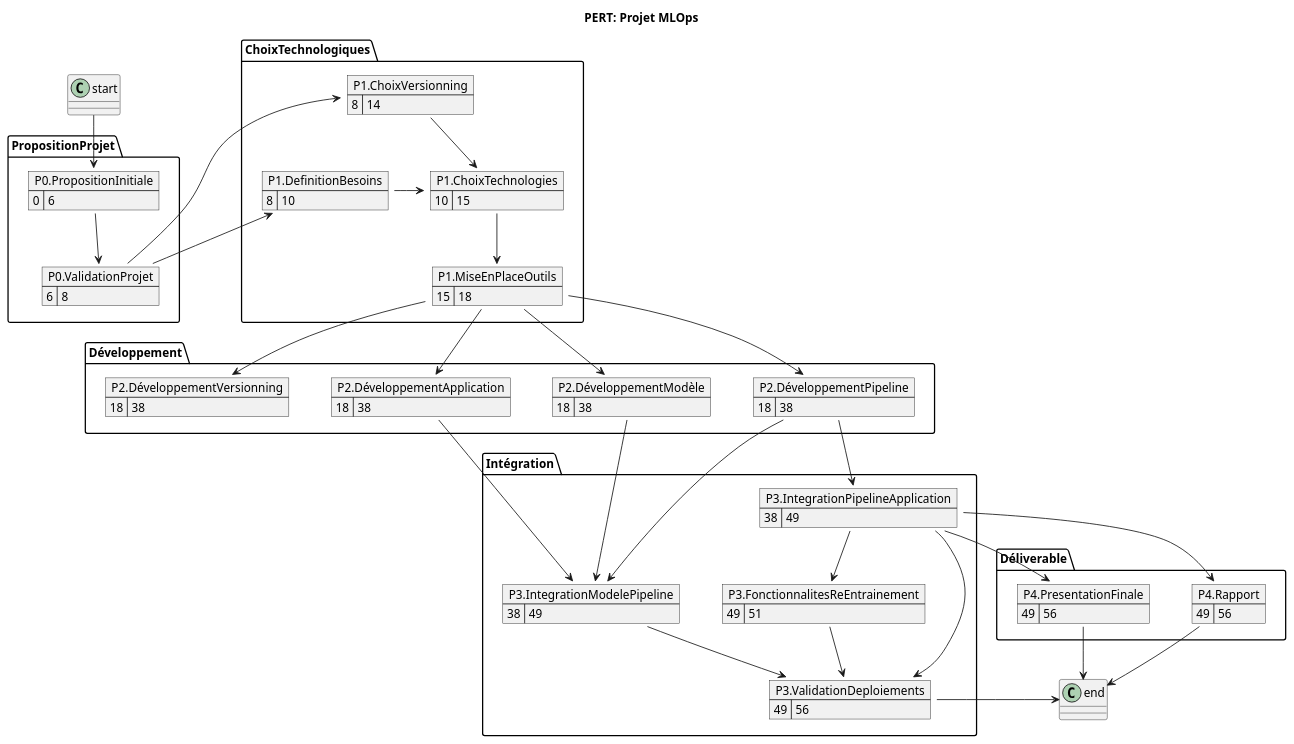
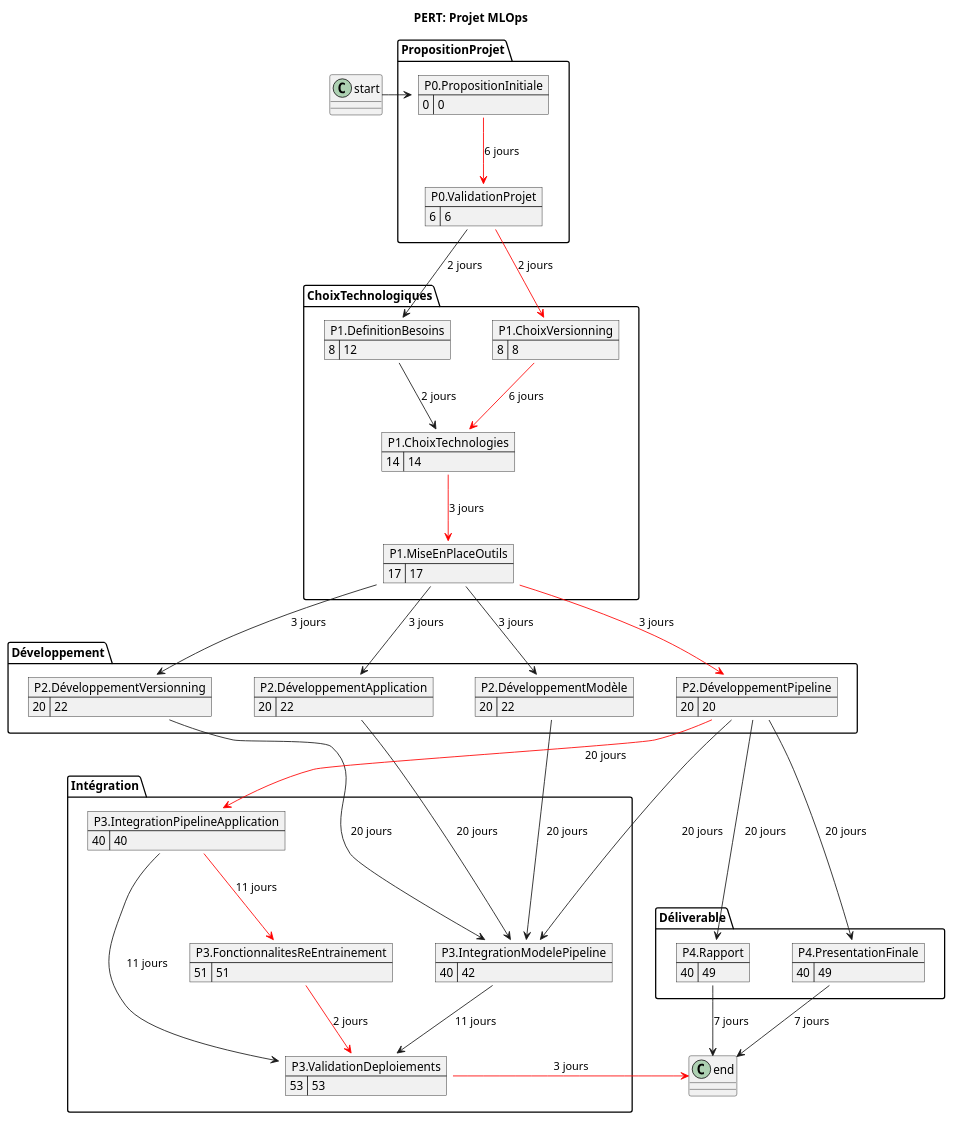
The diagram in project_mgmt/diagrams/pert.md (ODAncona/MachLeData_Project), drawn with PlantUML before and after one commit. The commit also changed 1 other file, not shown here.

Commit message:
pert update

```diff
--- a/project_mgmt/diagrams/pert.md
+++ b/project_mgmt/diagrams/pert.md
@@ -10,89 +10,90 @@
 package Déliverable as P4 {}
 
 map P0.PropositionInitiale {
-    0 => 6
+    0 => 0
 }
 map P0.ValidationProjet {
-    6 => 8
+    6 => 6
 }
 
 map P1.DefinitionBesoins {
-    8 => 10
+    8 => 12
 }
 map P1.ChoixTechnologies {
-    10 => 15
+    14 => 14
 }
 map P1.MiseEnPlaceOutils {
-    15 => 18
+    17 => 17
 }
 map P1.ChoixVersionning {
-    8 => 14
+    8 => 8
 }
 
 map P2.DéveloppementApplication {
-    18 => 38
+    20 => 22
 }
 map P2.DéveloppementModèle {
-    18 => 38
+    20 => 22
 }
-map P2.DéveloppementPipeline{
-    18 => 38
+map P2.DéveloppementPipeline {
+    20 => 20
 }
 map P2.DéveloppementVersionning {
-    18 => 38
+    20 => 22
 }
 
 map P3.IntegrationModelePipeline {
-    38 => 49
+    40 => 42
 }
 map P3.IntegrationPipelineApplication {
-    38 => 49
+    40 => 40
 }
 map P3.FonctionnalitesReEntrainement {
-    49 => 51
+    51 => 51
 }
 map P3.ValidationDeploiements {
-    49 => 56
+    53 => 53
 }
 
 map P4.Rapport {
-    49 => 56
+    40 => 49
 }
 map P4.PresentationFinale {
-    49 => 56
+    40 => 49
 }
 
-' Dependencies
-start --> P0.PropositionInitiale
-P0.PropositionInitiale --> P0.ValidationProjet
+' Dependencies with durations on outgoing arcs
+start -right-> P0.PropositionInitiale
+P0.PropositionInitiale -[#red]-> P0.ValidationProjet : 6 jours
 
-P0.ValidationProjet -up-> P1.DefinitionBesoins
-P0.ValidationProjet -up-> P1.ChoixVersionning
+P0.ValidationProjet --> P1.DefinitionBesoins : 2 jours
+P0.ValidationProjet -[#red]-> P1.ChoixVersionning : 2 jours
 
-P1.DefinitionBesoins -right-> P1.ChoixTechnologies
-P1.ChoixVersionning --> P1.ChoixTechnologies
-P1.ChoixTechnologies --> P1.MiseEnPlaceOutils
+P1.DefinitionBesoins --> P1.ChoixTechnologies : 2 jours
+P1.ChoixVersionning -[#red]-> P1.ChoixTechnologies : 6 jours
+P1.ChoixTechnologies -[#red]-> P1.MiseEnPlaceOutils : 3 jours
 
-P1.MiseEnPlaceOutils --> P2.DéveloppementModèle
-P1.MiseEnPlaceOutils --> P2.DéveloppementApplication
-P1.MiseEnPlaceOutils --> P2.DéveloppementPipeline
-P1.MiseEnPlaceOutils --> P2.DéveloppementVersionning
+P1.MiseEnPlaceOutils --> P2.DéveloppementModèle : 3 jours
+P1.MiseEnPlaceOutils --> P2.DéveloppementApplication : 3 jours
+P1.MiseEnPlaceOutils -[#red]-> P2.DéveloppementPipeline : 3 jours
+P1.MiseEnPlaceOutils --> P2.DéveloppementVersionning : 3 jours
 
-P2.DéveloppementModèle -down-> P3.IntegrationModelePipeline
-P2.DéveloppementPipeline--> P3.IntegrationModelePipeline
-P2.DéveloppementApplication--> P3.IntegrationModelePipeline
+P2.DéveloppementModèle --> P3.IntegrationModelePipeline : 20 jours
+P2.DéveloppementPipeline --> P3.IntegrationModelePipeline : 20 jours
+P2.DéveloppementApplication --> P3.IntegrationModelePipeline : 20 jours
+P2.DéveloppementVersionning --> P3.IntegrationModelePipeline : 20 jours
 
-P2.DéveloppementPipeline--> P3.IntegrationPipelineApplication
-P3.IntegrationPipelineApplication --> P3.FonctionnalitesReEntrainement
+P2.DéveloppementPipeline -[#red]-> P3.IntegrationPipelineApplication : 20 jours
+P3.IntegrationPipelineApplication -[#red]-> P3.FonctionnalitesReEntrainement : 11 jours
 
-P3.IntegrationPipelineApplication --> P3.ValidationDeploiements
-P3.FonctionnalitesReEntrainement --> P3.ValidationDeploiements
-P3.IntegrationModelePipeline --> P3.ValidationDeploiements
+P3.IntegrationPipelineApplication --> P3.ValidationDeploiements : 11 jours
+P3.FonctionnalitesReEntrainement -[#red]-> P3.ValidationDeploiements : 2 jours
+P3.IntegrationModelePipeline --> P3.ValidationDeploiements : 11 jours
 
-P3.IntegrationPipelineApplication --> P4.Rapport
-P3.IntegrationPipelineApplication --> P4.PresentationFinale
+P2.DéveloppementPipeline --> P4.Rapport : 20 jours
+P2.DéveloppementPipeline --> P4.PresentationFinale : 20 jours
 
-P3.ValidationDeploiements -right-> end
-P4.Rapport --> end
-P4.PresentationFinale --> end
+P3.ValidationDeploiements -[#red]right-> end : 3 jours
+P4.Rapport --> end : 7 jours
+P4.PresentationFinale --> end : 7 jours
 @enduml
```
